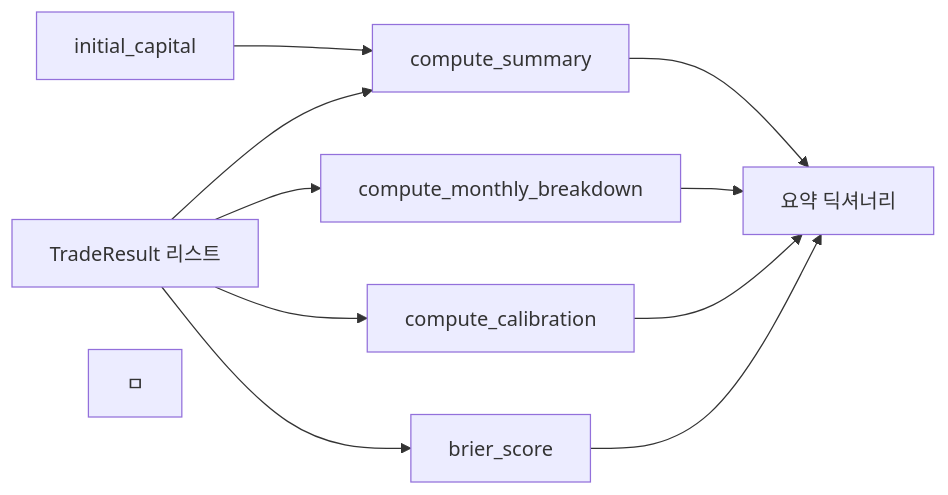
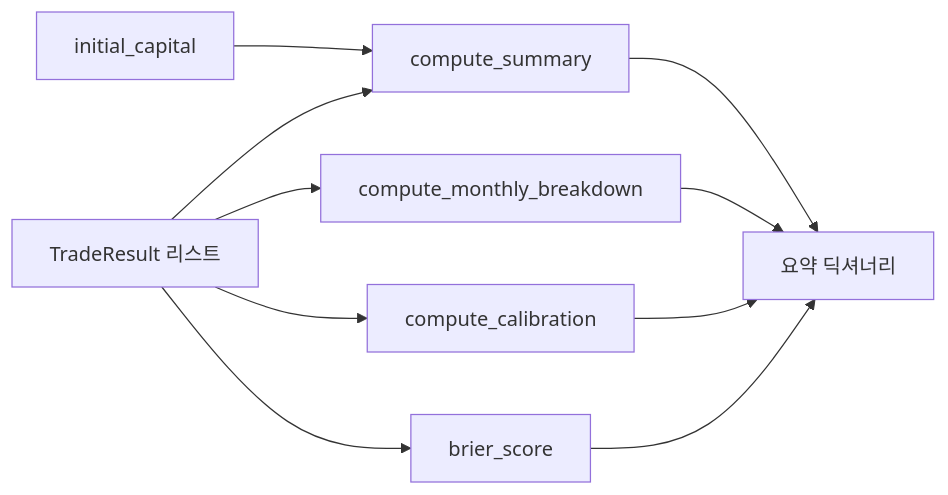
One commit to ksw6895/polymoly changed the fifth of 5 diagrams in docs/architecture.md. Above: the diagram before and after it, drawn with Mermaid. The commit also changed other lines of this file, not shown here.

Commit message:
Restore Mermaid line break markup

````diff
--- a/docs/architecture.md
+++ b/docs/architecture.md
@@ -172,17 +172,16 @@
 ```mermaid
 flowchart LR
     Trades[TradeResult 리스트]
     Initial[initial_capital]
 
     Trades --> Summary[compute_summary]
     Initial --> Summary
- ㅁ
     Trades --> Monthly[compute_monthly_breakdown]
     Trades --> Calibration[compute_calibration]
     Trades --> Brier[brier_score]
 
     Summary --> ReportOut[요약 딕셔너리]
     Monthly --> ReportOut
     Calibration --> ReportOut
     Brier --> ReportOut
 ```
````
